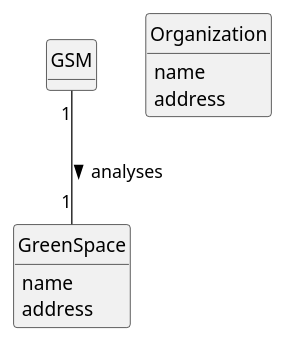
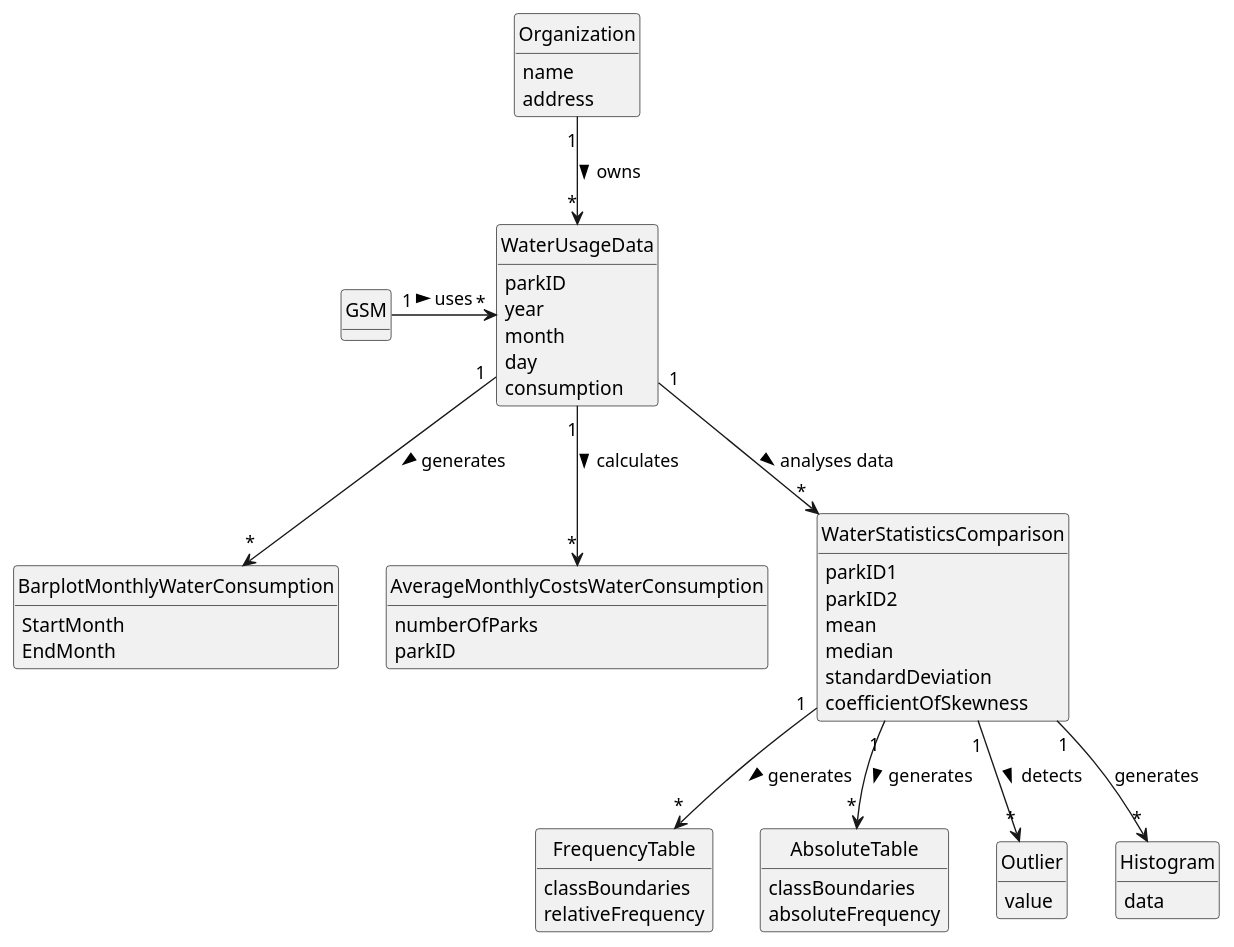
The diagram in docs/sprintB/us009/02.analysis/puml/us009-domain-model.puml (diogoveirospro/lei-24-s2-1dg-g072), drawn with PlantUML before and after one commit. The commit also changed other lines of this file and 3 other files, not shown here.

```diff
--- a/docs/sprintB/us009/02.analysis/puml/us009-domain-model.puml
+++ b/docs/sprintB/us009/02.analysis/puml/us009-domain-model.puml
@@ -1,32 +1,77 @@
 @startuml
 skinparam monochrome true
 skinparam packageStyle rectangle
 skinparam shadowing false
 
 'left to right direction
 
 skinparam classAttributeIconSize 0
 
 hide circle
 hide methods
 
+class Organization {
+    name
+    address
+}
 
 class GSM {
 
 }
 
-class GreenSpace {
-    name
-    address
-
+class WaterUsageData {
+    parkID
+    year
+    month
+    day
+    consumption
 }
 
-class Organization {
-    name
-    address
+class BarplotMonthlyWaterConsumption {
+    StartMonth
+    EndMonth
 }
 
-GSM "1" -- "1"GreenSpace: analyses >
+class AverageMonthlyCostsWaterConsumption {
+    numberOfParks
+    parkID
+}
 
+class WaterStatisticsComparison {
+    parkID1
+    parkID2
+    mean
+    median
+    standardDeviation
+    coefficientOfSkewness
+}
+
+class FrequencyTable {
+    classBoundaries
+    relativeFrequency
+}
+
+class AbsoluteTable {
+    classBoundaries
+    absoluteFrequency
+}
+
+class Outlier {
+    value
+}
+
+class Histogram {
+    data
+}
+
+Organization "1" --> "*" WaterUsageData : owns >
+GSM "1" -> "*" WaterUsageData : uses >
+WaterUsageData "1" --> "*" BarplotMonthlyWaterConsumption : generates >
+WaterUsageData "1" --> "*" AverageMonthlyCostsWaterConsumption : calculates >
+WaterUsageData "1" --> "*" WaterStatisticsComparison : analyses data >
+WaterStatisticsComparison "1" --> "*" FrequencyTable : generates >
+WaterStatisticsComparison "1" --> "*" AbsoluteTable : generates >
+WaterStatisticsComparison "1" --> "*" Outlier : detects >
+WaterStatisticsComparison "1" --> "*" Histogram : generates
 
 @enduml
```
